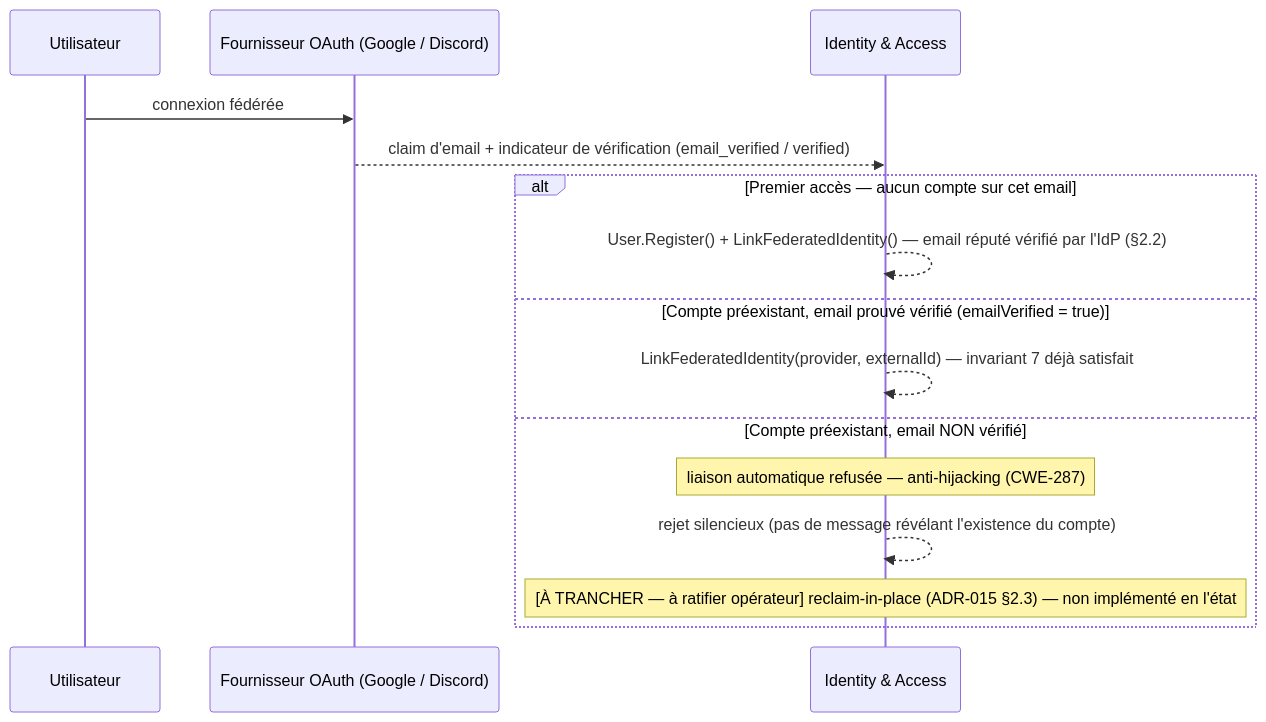
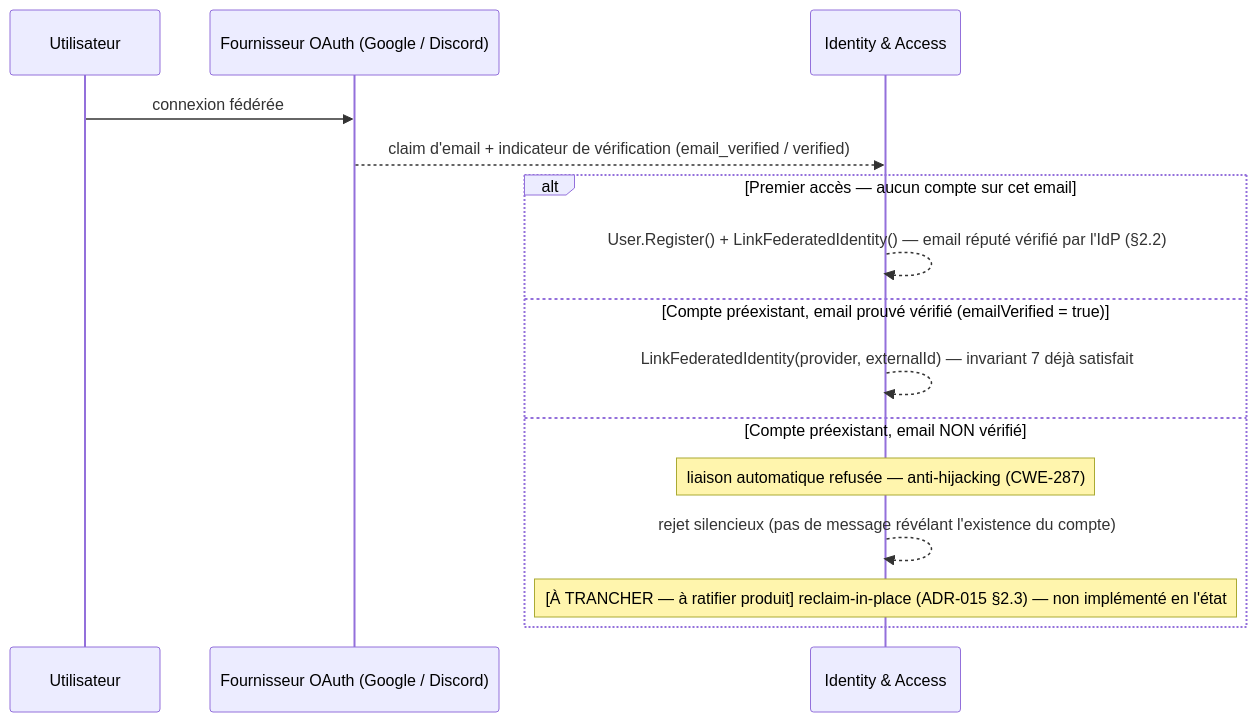
Before and after one commit to 2025-10-CDA-ECO-P6/PM-micro-saas: the sixth of 18 diagrams in docs/context/dossier-conception-detaillee.md, drawn with Mermaid. The commit also changed other lines of this file and 65 other files, not shown here.

````diff
--- a/docs/context/dossier-conception-detaillee.md
+++ b/docs/context/dossier-conception-detaillee.md
@@ -452,19 +452,19 @@
 ```mermaid
 sequenceDiagram
     participant U as Utilisateur
     participant OAuth as Fournisseur OAuth (Google / Discord)
     participant IA as Identity & Access
 
     U->>OAuth: connexion fédérée
     OAuth-->>IA: claim d'email + indicateur de vérification (email_verified / verified)
 
     alt Premier accès — aucun compte sur cet email
         IA-->>IA: User.Register() + LinkFederatedIdentity() — email réputé vérifié par l'IdP (§2.2)
     else Compte préexistant, email prouvé vérifié (emailVerified = true)
         IA-->>IA: LinkFederatedIdentity(provider, externalId) — invariant 7 déjà satisfait
     else Compte préexistant, email NON vérifié
         Note over IA: liaison automatique refusée — anti-hijacking (CWE-287)
         IA-->>IA: rejet silencieux (pas de message révélant l'existence du compte)
-        Note over IA: [À TRANCHER — à ratifier opérateur] reclaim-in-place (ADR-015 §2.3) — non implémenté en l'état
+        Note over IA: [À TRANCHER — à ratifier produit] reclaim-in-place (ADR-015 §2.3) — non implémenté en l'état
     end
 ```
````
